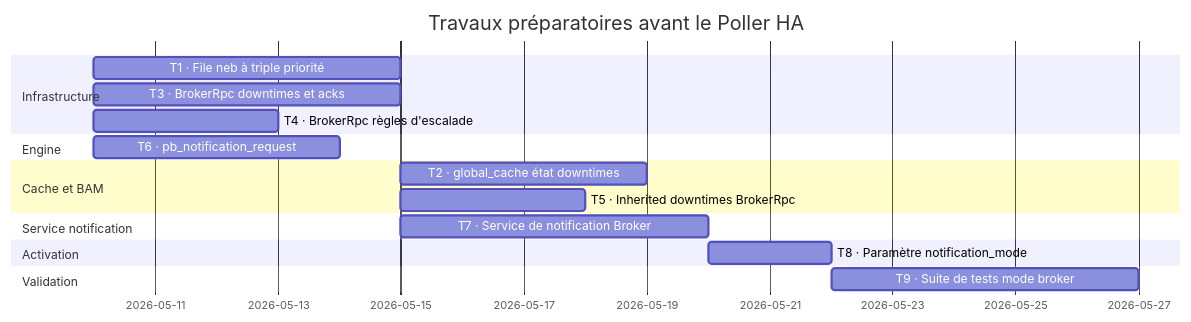
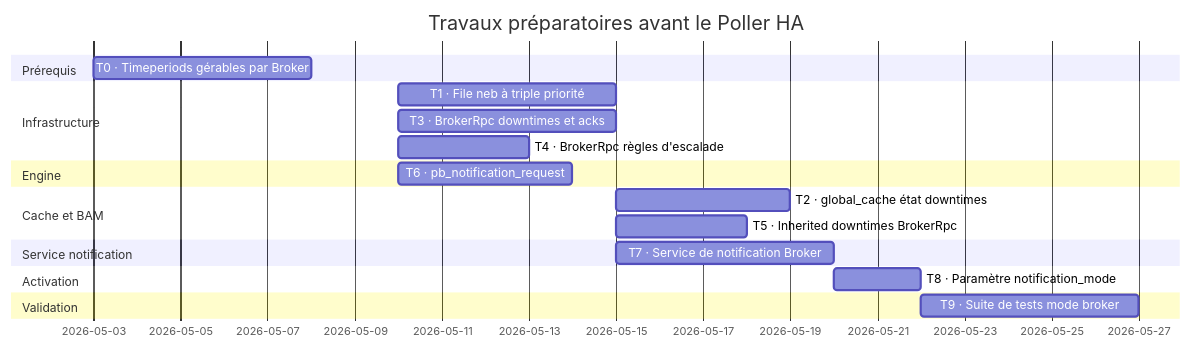
One commit to centreon/centreon-collect changed diagram 37 of 39 in doc/nego-engine-broker-fr.md. Above: the diagram before and after it, drawn with Mermaid. The commit also changed other lines of this file and 3 other files, not shown here.

````diff
--- a/doc/nego-engine-broker-fr.md
+++ b/doc/nego-engine-broker-fr.md
@@ -3100,26 +3112,29 @@
 ```mermaid
 gantt
     title Travaux préparatoires avant le Poller HA
     dateFormat  YYYY-MM-DD
+
+    section Prérequis
+    T0 · Timeperiods gérables par Broker  :t0, 2026-05-03, 5d
 
     section Infrastructure
     T1 · File neb à triple priorité       :t1, 2026-05-10, 5d
     T3 · BrokerRpc downtimes et acks      :t3, 2026-05-10, 5d
     T4 · BrokerRpc règles d'escalade      :t4, 2026-05-10, 3d
 
     section Engine
     T6 · pb_notification_request          :t6, 2026-05-10, 4d
 
     section Cache et BAM
     T2 · global_cache état downtimes      :t2, after t1 t3, 4d
     T5 · Inherited downtimes BrokerRpc    :t5, after t3, 3d
 
     section Service notification
-    T7 · Service de notification Broker   :t7, after t3 t4, 5d
+    T7 · Service de notification Broker   :t7, after t0 t3 t4, 5d
 
     section Activation
     T8 · Paramètre notification_mode      :t8, after t6 t7, 2d
 
     section Validation
     T9 · Suite de tests mode broker       :t9, after t8 t2 t5, 5d
 ```
````
